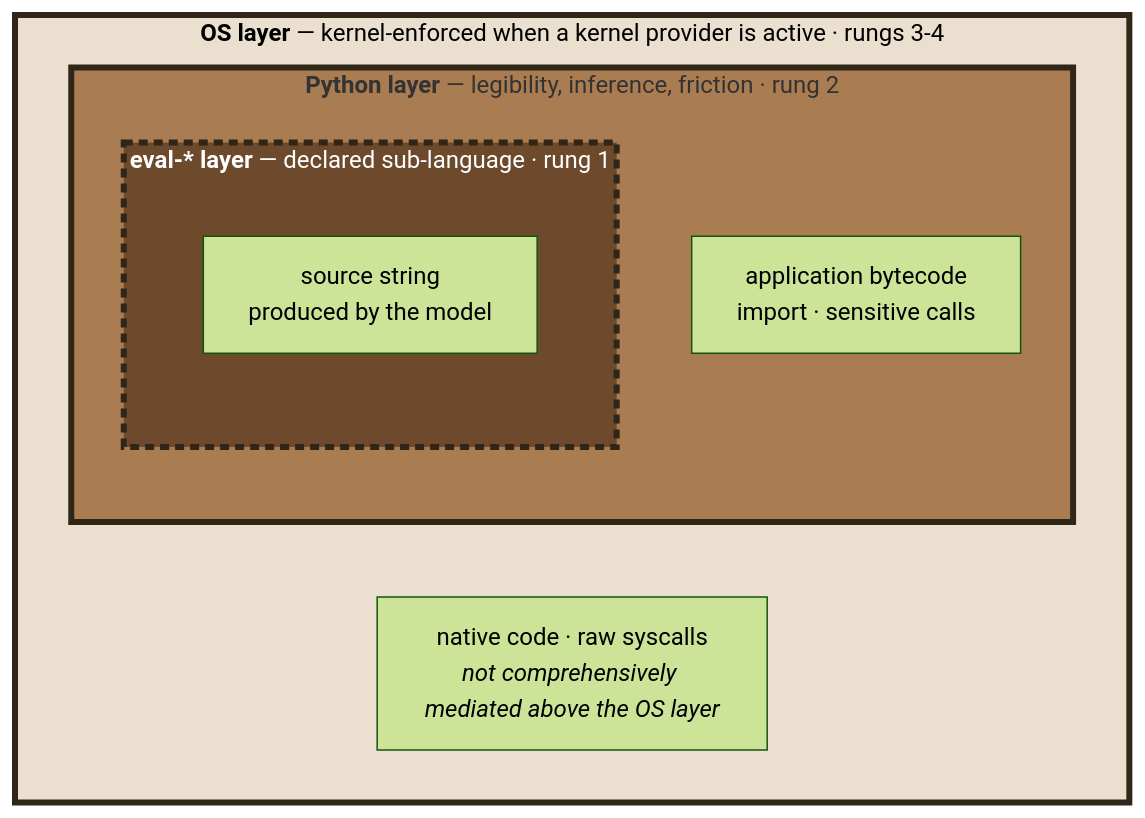
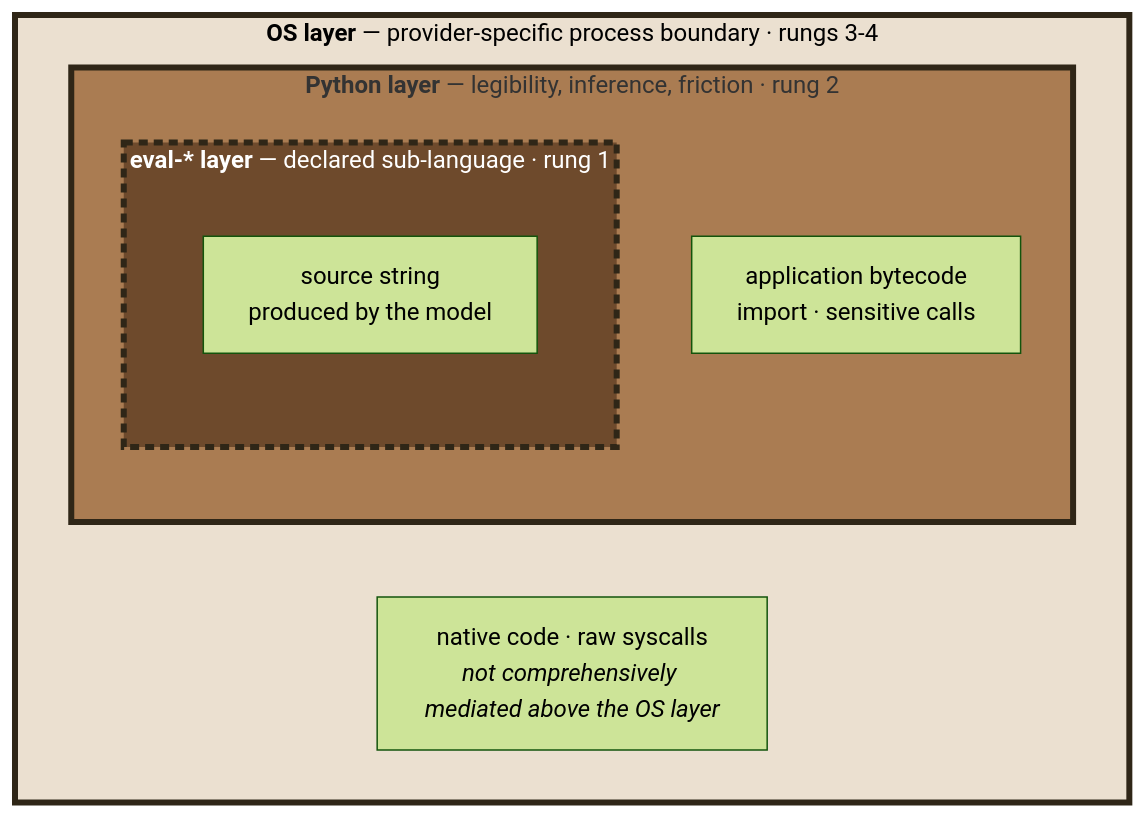
The third of 7 diagrams in research/confining-python-by-observation.md (pprados/pysandboxes), drawn with Mermaid (forest theme) before and after one commit. The commit also changed other lines of this file, not shown here.

````diff
--- a/research/confining-python-by-observation.md
+++ b/research/confining-python-by-observation.md
@@ -183,17 +186,17 @@
 ```mermaid
 %% caption: The three layers nest; none of them substitutes for another
 flowchart TB
-    subgraph OS["<b>OS layer</b> — kernel-enforced when a kernel provider is active · rungs 3-4"]
+    subgraph OS["<b>OS layer</b> — provider-specific process boundary · rungs 3-4"]
         subgraph PY["<b>Python layer</b> — legibility, inference, friction · rung 2"]
             subgraph EV["<b>eval-* layer</b> — declared sub-language · rung 1"]
                 SRC["source string<br/>produced by the model"]
             end
             BC["application bytecode<br/>import · sensitive calls"]
         end
         NAT["native code · raw syscalls<br/><i>not comprehensively mediated above the OS layer</i>"]
     end
 
 style OS fill:#ebe0d0,stroke:#2f2617,stroke-width:4px,color:#000000
 style PY fill:#aa7c52,stroke:#2f2617,stroke-width:4px
 style EV fill:#6e4a2c,stroke:#2f2617,stroke-width:4px,stroke-dasharray:6 4,color:#ffffff
 ```
````
